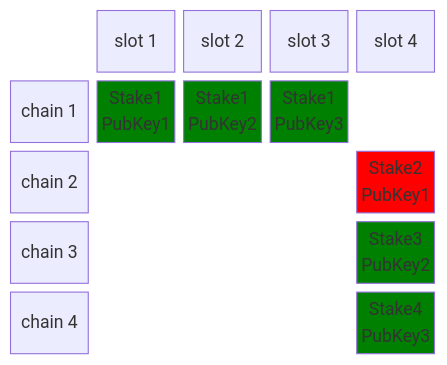
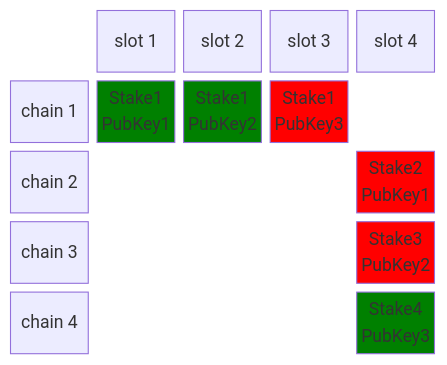
The seventh of 10 diagrams in rust/rbac-registration/examples.md (input-output-hk/catalyst-libs), drawn with Mermaid before and after one commit. The commit also changed other lines of this file, not shown here.

````diff
--- a/rust/rbac-registration/examples.md
+++ b/rust/rbac-registration/examples.md
@@ -137,15 +137,15 @@
 ```mermaid
 block-beta
     columns 5
     space s1["slot 1"] s2["slot 2"] s3["slot 3"] s4["slot 4"]
     c1["chain 1"] A0["Stake1\nPubKey1"] A1["Stake1\nPubKey2"] A2["Stake1\nPubKey3"] space
     c2["chain 2"] space space space B0["Stake2\nPubKey1"]
     c3["chain 3"] space space space C0["Stake3\nPubKey2"]
     c4["chain 4"] space space space D0["Stake4\nPubKey3"]
     style A0 fill: green
     style A1 fill: green
-    style A2 fill: green
+    style A2 fill: red
     style B0 fill: red
-    style C0 fill: green
+    style C0 fill: red
     style D0 fill: green
 ```
````
